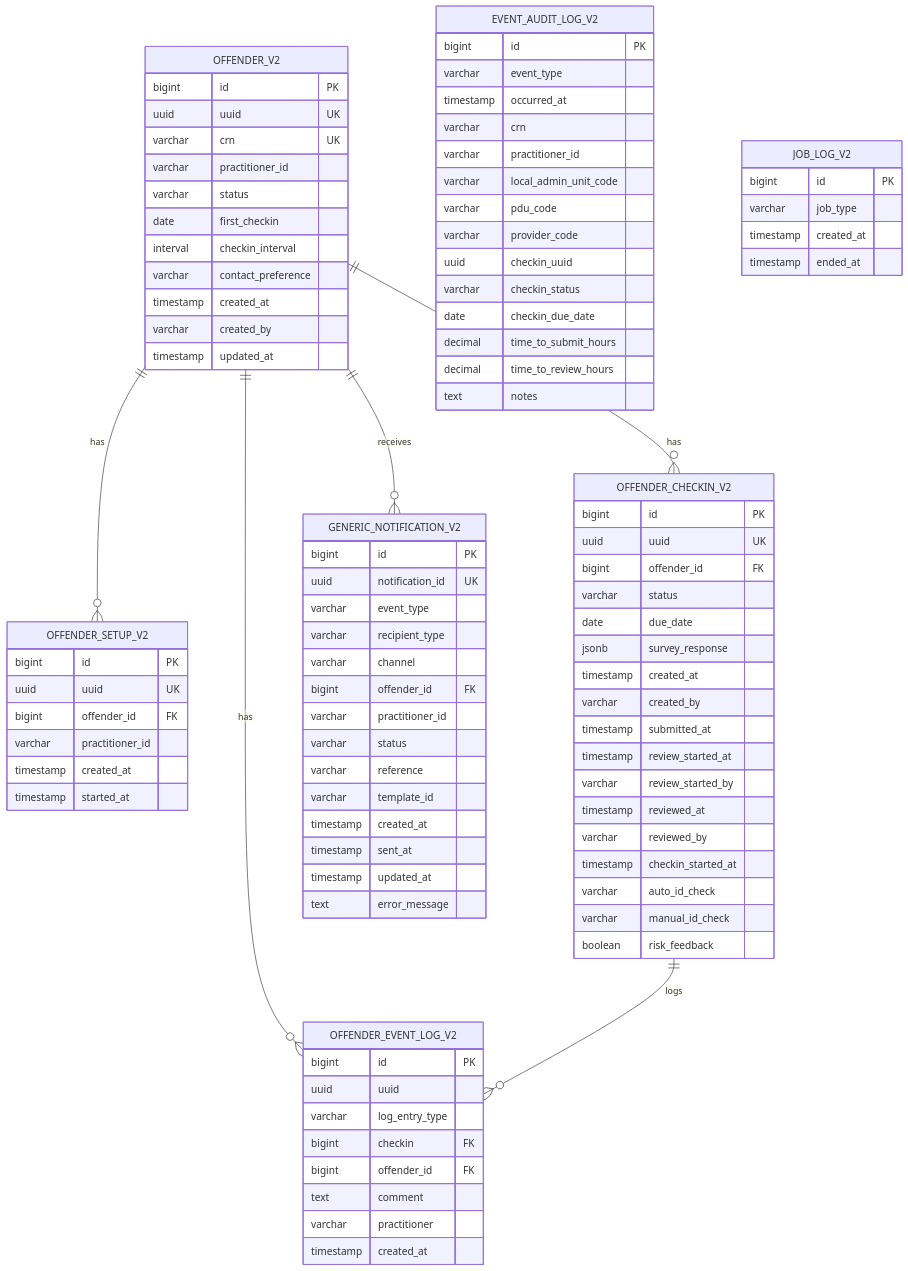
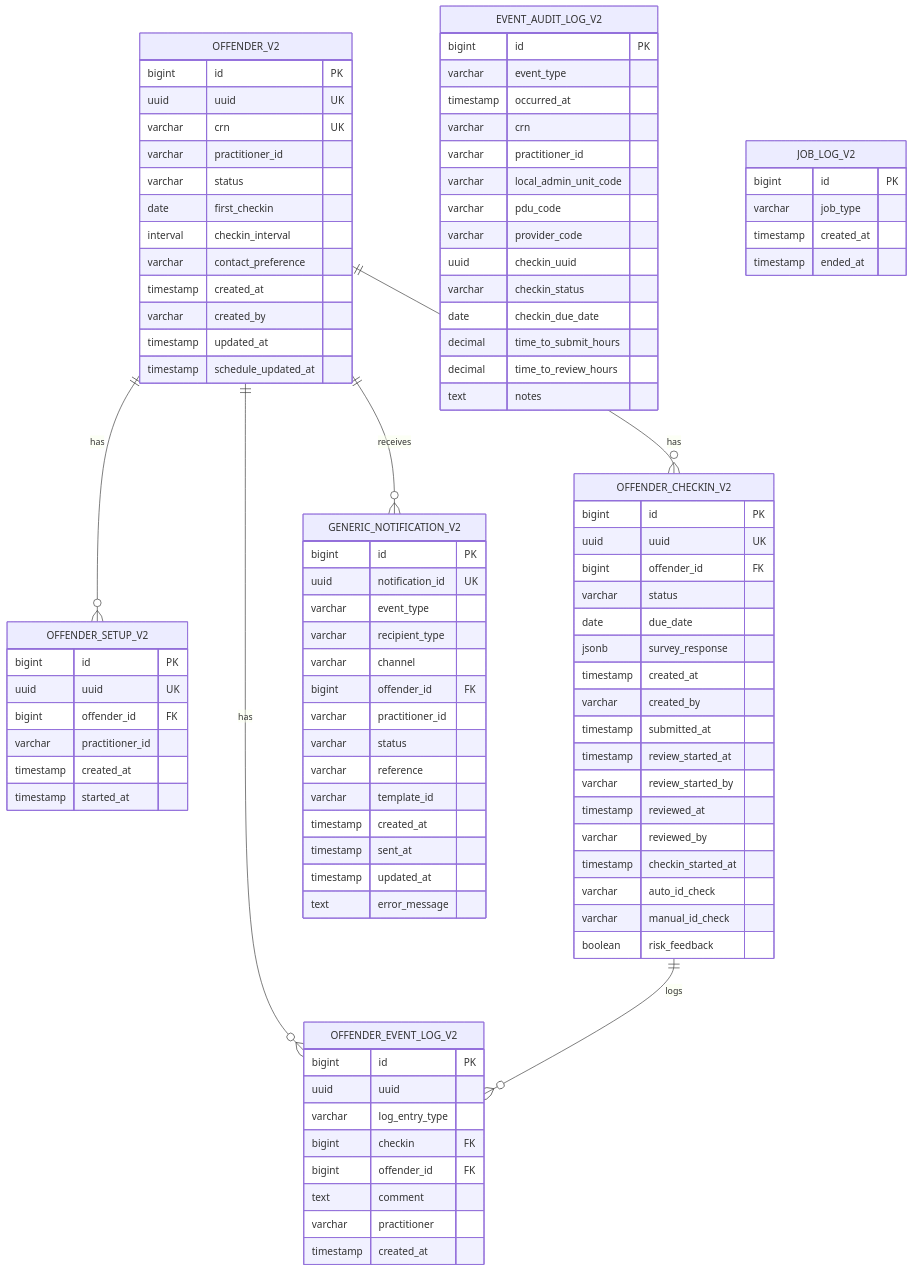
One commit to ministryofjustice/hmpps-esupervision-api changed the first of 3 diagrams in docs/v2/DATA_MODEL.md. Above: the diagram before and after it, drawn with Mermaid. The commit also changed other lines of this file and 15 other files, not shown here.

```diff
--- a/docs/v2/DATA_MODEL.md
+++ b/docs/v2/DATA_MODEL.md
@@ -20,6 +20,7 @@
         timestamp created_at
         varchar created_by
         timestamp updated_at
+        timestamp schedule_updated_at
     }
 
     OFFENDER_SETUP_V2 {
```
